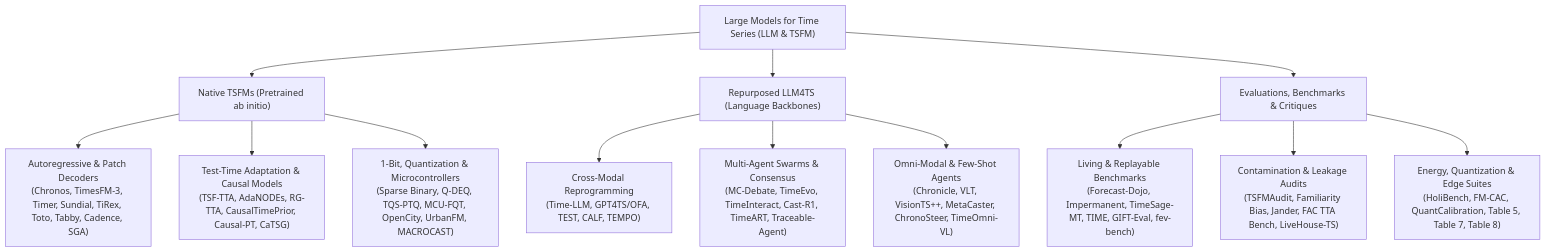
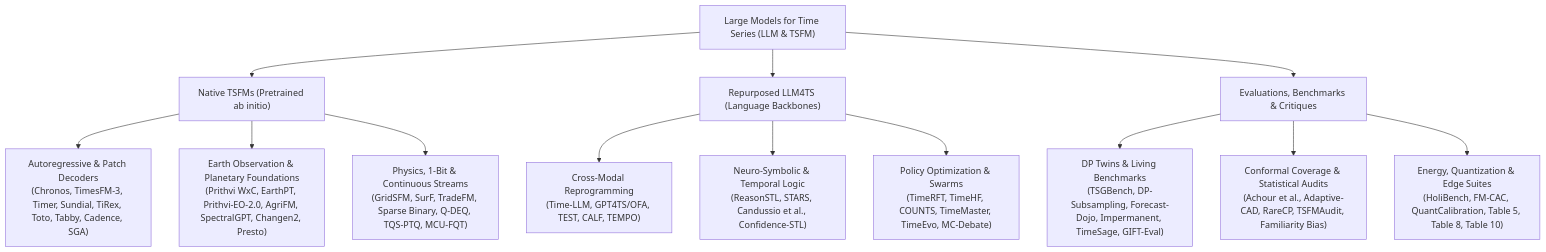
The diagram in README.md (lihuirui/awesome-llm-time-series-foundation-models-survey), drawn with Mermaid before and after one commit. The commit also changed other lines of this file and 28 other files, not shown here.

Commit message:
feat(iter-10): earth observation foundations, dp generative twins & neuro-symbolic temporal logic

````diff
--- a/README.md
+++ b/README.md
@@ -29,19 +32,19 @@
 ```mermaid
 graph TD
     Root["Large Models for Time Series (LLM & TSFM)"]
     Root --> P1["Native TSFMs (Pretrained ab initio)"]
     Root --> P2["Repurposed LLM4TS (Language Backbones)"]
     Root --> P3["Evaluations, Benchmarks & Critiques"]
 
     P1 --> P1_Dec["Autoregressive & Patch Decoders<br/>(Chronos, TimesFM-3, Timer, Sundial, TiRex, Toto, Tabby, Cadence, SGA)"]
-    P1 --> P1_TTA["Test-Time Adaptation & Causal Models<br/>(TSF-TTA, AdaNODEs, RG-TTA, CausalTimePrior, Causal-PT, CaTSG)"]
-    P1 --> P1_Edge["1-Bit, Quantization & Microcontrollers<br/>(Sparse Binary, Q-DEQ, TQS-PTQ, MCU-FQT, OpenCity, UrbanFM, MACROCAST)"]
+    P1 --> P1_EO["Earth Observation & Planetary Foundations<br/>(Prithvi WxC, EarthPT, Prithvi-EO-2.0, AgriFM, SpectralGPT, Changen2, Presto)"]
+    P1 --> P1_Phys["Physics, 1-Bit & Continuous Streams<br/>(GridSFM, SurF, TradeFM, Sparse Binary, Q-DEQ, TQS-PTQ, MCU-FQT)"]
 
     P2 --> P2_Reprog["Cross-Modal Reprogramming<br/>(Time-LLM, GPT4TS/OFA, TEST, CALF, TEMPO)"]
-    P2 --> P2_Agent["Multi-Agent Swarms & Consensus<br/>(MC-Debate, TimeEvo, TimeInteract, Cast-R1, TimeART, Traceable-Agent)"]
-    P2 --> P2_Omni["Omni-Modal & Few-Shot Agents<br/>(Chronicle, VLT, VisionTS++, MetaCaster, ChronoSteer, TimeOmni-VL)"]
+    P2 --> P2_Logic["Neuro-Symbolic & Temporal Logic<br/>(ReasonSTL, STARS, Candussio et al., Confidence-STL)"]
+    P2 --> P2_Agent["Policy Optimization & Swarms<br/>(TimeRFT, TimeHF, COUNTS, TimeMaster, TimeEvo, MC-Debate)"]
 
-    P3 --> P3_Bench["Living & Replayable Benchmarks<br/>(Forecast-Dojo, Impermanent, TimeSage-MT, TIME, GIFT-Eval, fev-bench)"]
-    P3 --> P3_Audit["Contamination & Leakage Audits<br/>(TSFMAudit, Familiarity Bias, Jander, FAC TTA Bench, LiveHouse-TS)"]
-    P3 --> P3_Energy["Energy, Quantization & Edge Suites<br/>(HoliBench, FM-CAC, QuantCalibration, Table 5, Table 7, Table 8)"]
+    P3 --> P3_Bench["DP Twins & Living Benchmarks<br/>(TSGBench, DP-Subsampling, Forecast-Dojo, Impermanent, TimeSage, GIFT-Eval)"]
+    P3 --> P3_Conf["Conformal Coverage & Statistical Audits<br/>(Achour et al., Adaptive-CAD, RareCP, TSFMAudit, Familiarity Bias)"]
+    P3 --> P3_Energy["Energy, Quantization & Edge Suites<br/>(HoliBench, FM-CAC, QuantCalibration, Table 5, Table 8, Table 10)"]
 ```
````
